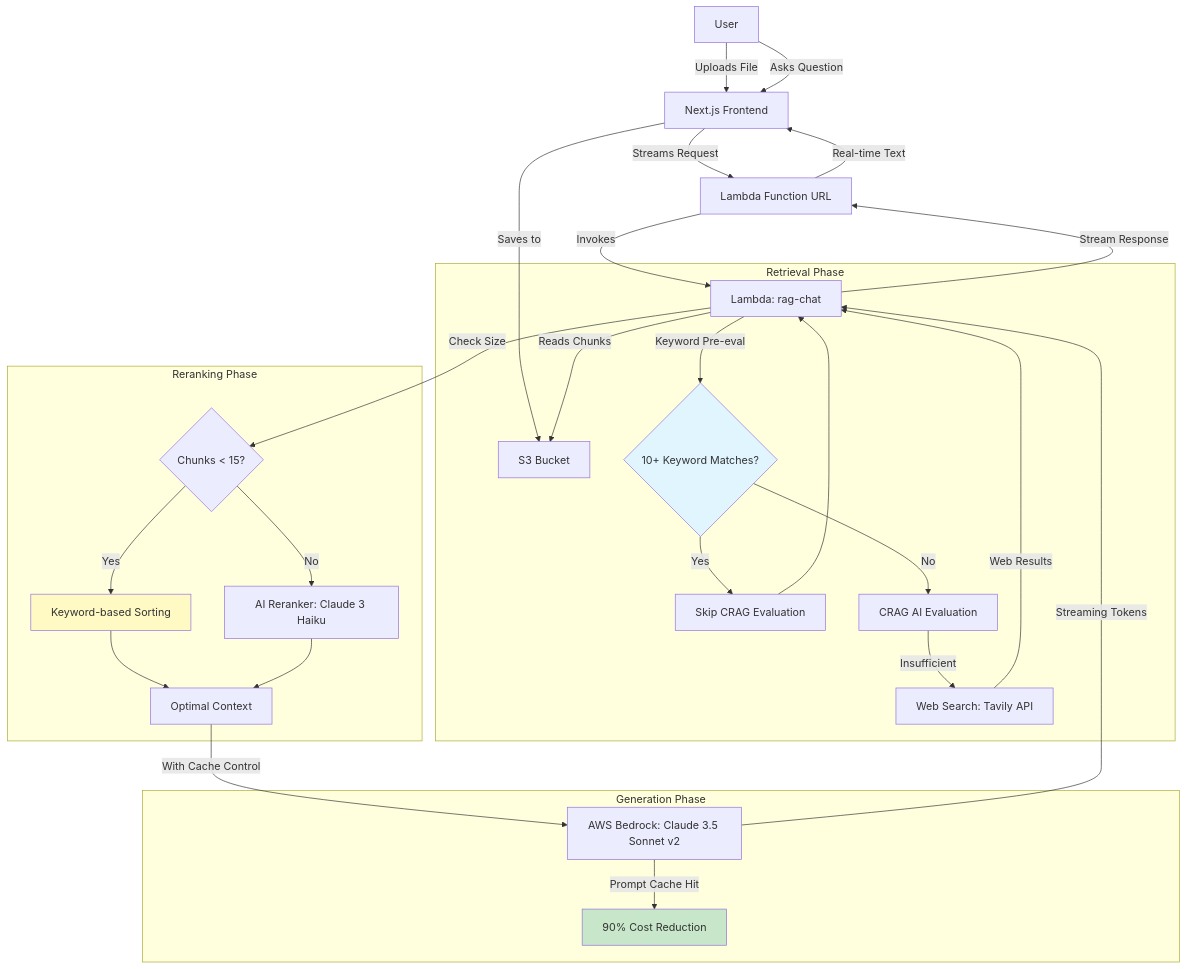
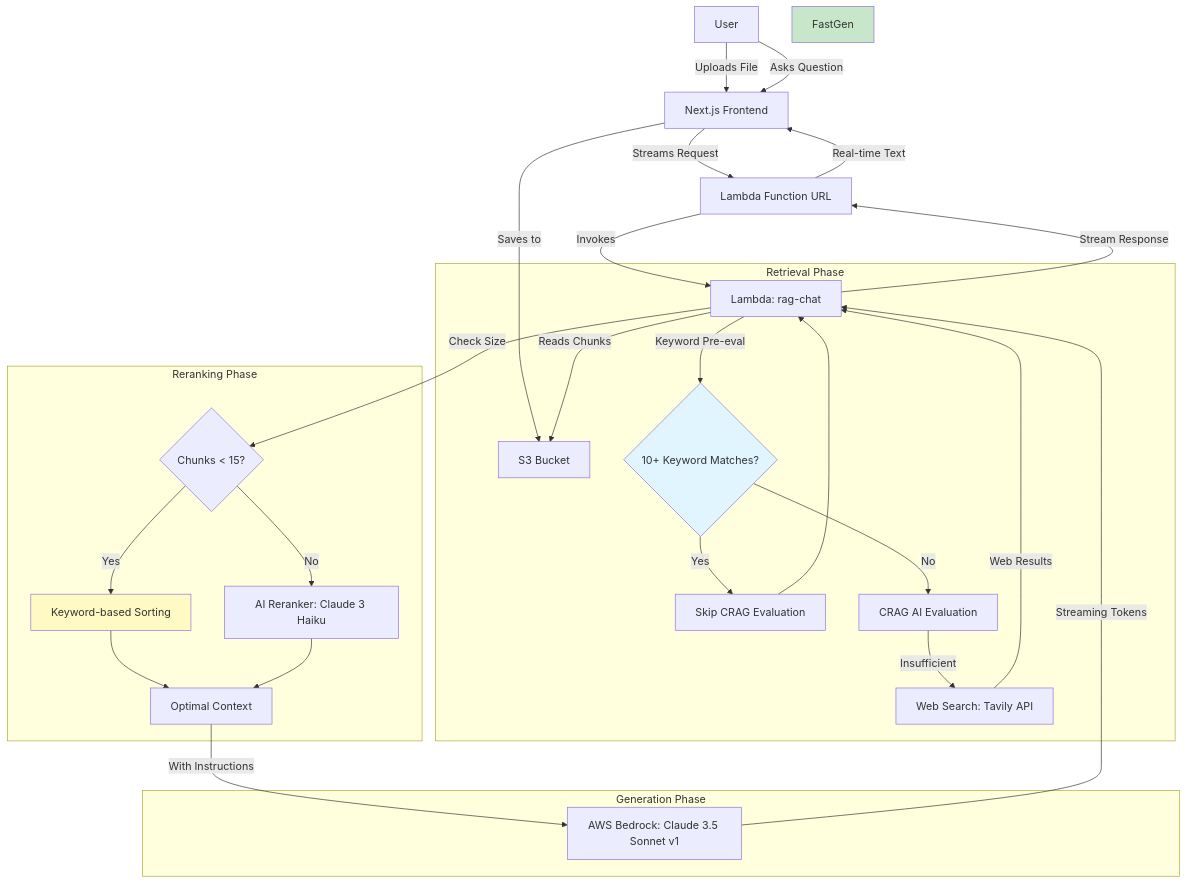
The diagram in README.md (cairo-plus/design-concept), drawn with Mermaid before and after one commit. The commit also changed other lines of this file and 1 other file, not shown here.

````diff
--- a/README.md
+++ b/README.md
@@ -170,39 +170,38 @@
 ```mermaid
 graph TD
     User[User] -->|Uploads File| UX[Next.js Frontend]
     UX -->|Saves to| S3[S3 Bucket]
     User -->|Asks Question| UX
     UX -->|Streams Request| LambdaURL[Lambda Function URL]
     LambdaURL -->|Invokes| Lambda[Lambda: rag-chat]
     
     subgraph Retrieval Phase
     Lambda -->|Reads Chunks| S3
     Lambda -->|Keyword Pre-eval| SmartEval{10+ Keyword Matches?}
     SmartEval -->|Yes| Skip[Skip CRAG Evaluation]
     SmartEval -->|No| CRAG[CRAG AI Evaluation]
     CRAG -->|Insufficient| Tavily[Web Search: Tavily API]
     Tavily -->|Web Results| Lambda
     Skip --> Lambda
     end
     
     subgraph Reranking Phase
     Lambda -->|Check Size| SizeCheck{Chunks < 15?}
     SizeCheck -->|Yes| KeywordSort[Keyword-based Sorting]
     SizeCheck -->|No| AIRerank[AI Reranker: Claude 3 Haiku]
     KeywordSort --> Context[Optimal Context]
     AIRerank --> Context
     end
 
     subgraph Generation Phase
-    Context -->|With Cache Control| Generator[AWS Bedrock: Claude 3.5 Sonnet v2]
-    Generator -->|Prompt Cache Hit| FastGen[90% Cost Reduction]
+    Context -->|With Instructions| Generator[AWS Bedrock: Claude 3.5 Sonnet v1]
     Generator -->|Streaming Tokens| Lambda
     end
 
     Lambda -->|Stream Response| LambdaURL
     LambdaURL -->|Real-time Text| UX
     
     style SmartEval fill:#e1f5fe
     style KeywordSort fill:#fff9c4
     style FastGen fill:#c8e6c9
 ```
````
